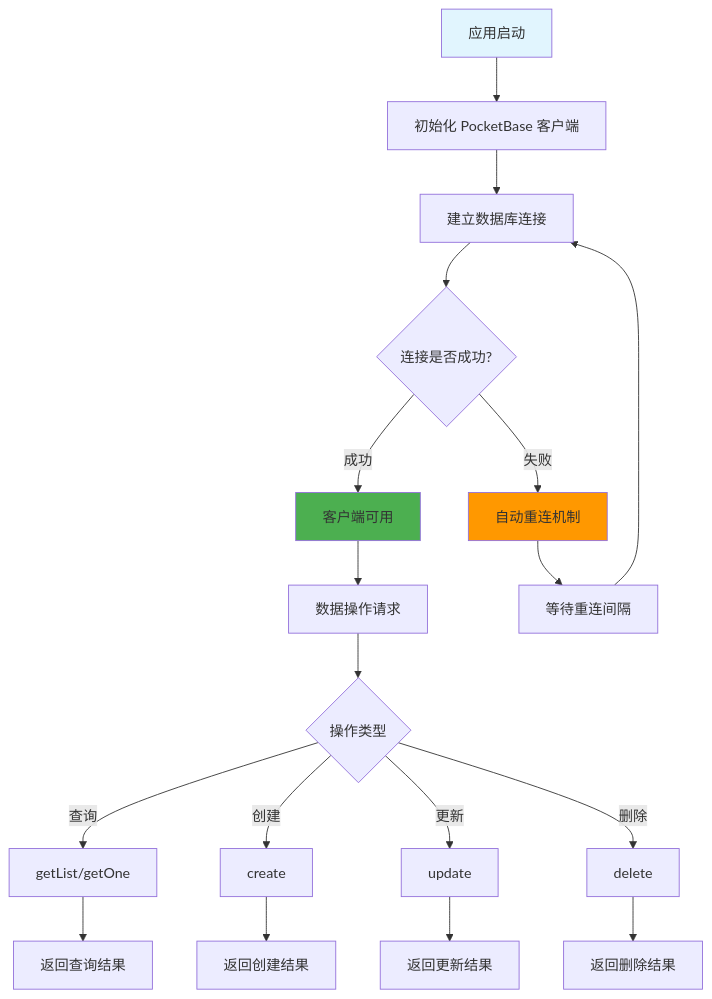
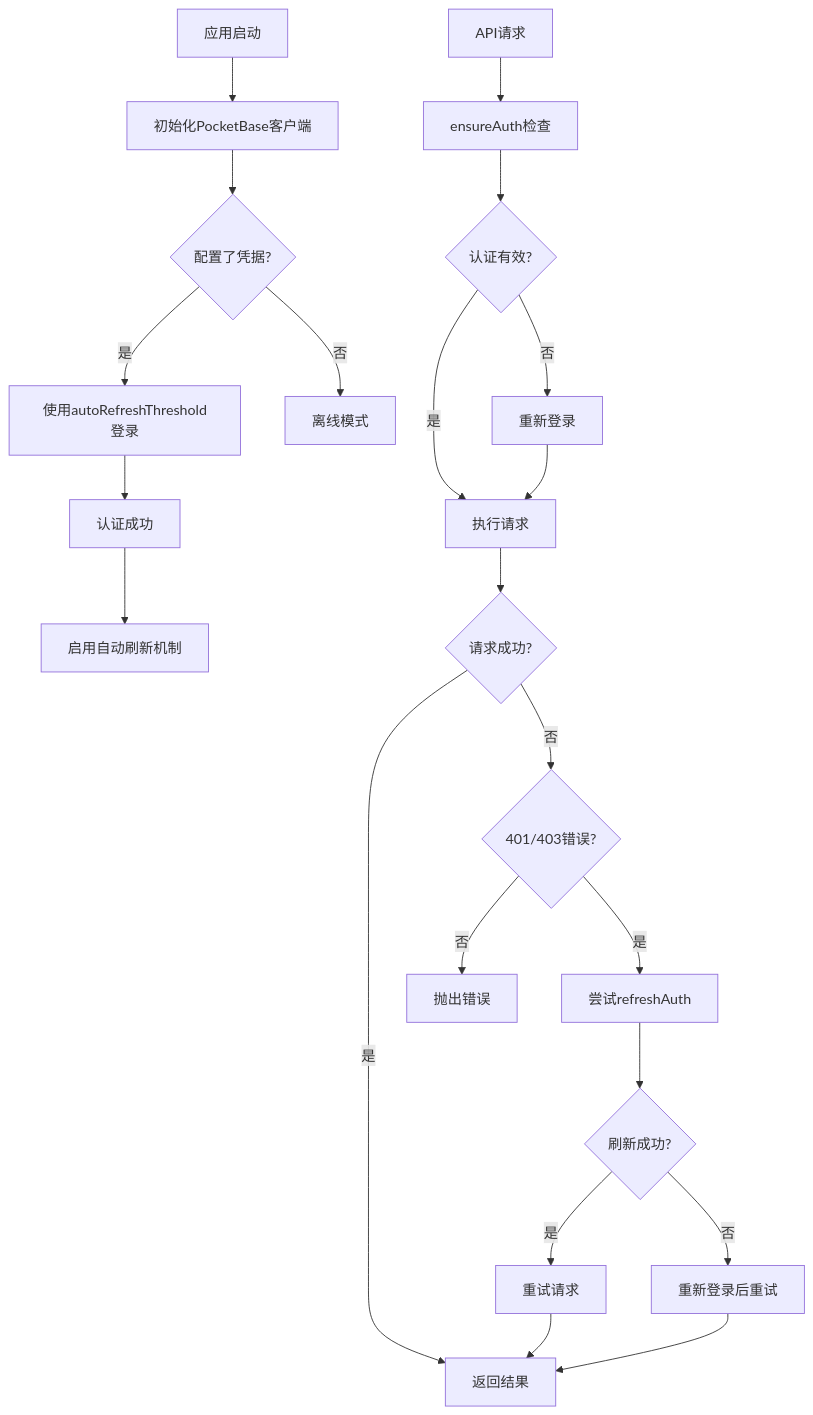
One commit to imatrixme/ikanyue changed the first of 2 diagrams in ikanyue.mapi.hono/src/utils/pocketbase.js.md. Above: the diagram before and after it, drawn with Mermaid. The commit also changed other lines of this file and 1 other file, not shown here.

````diff
--- a/ikanyue.mapi.hono/src/utils/pocketbase.js.md
+++ b/ikanyue.mapi.hono/src/utils/pocketbase.js.md
@@ -9,26 +17,28 @@
 ```mermaid
 flowchart TD
-    A[应用启动] --> B[初始化 PocketBase 客户端]
-    B --> C[建立数据库连接]
-    C --> D{连接是否成功?}
-    D -->|成功| E[客户端可用]
-    D -->|失败| F[自动重连机制]
-    F --> G[等待重连间隔]
-    G --> C
+    A[应用启动] --> B[初始化PocketBase客户端]
+    B --> C{配置了凭据?}
+    C -->|是| D[使用autoRefreshThreshold登录]
+    C -->|否| E[离线模式]
 
-    E --> H[数据操作请求]
-    H --> I{操作类型}
-    I -->|查询| J[getList/getOne]
-    I -->|创建| K[create]
-    I -->|更新| L[update]
-    I -->|删除| M[delete]
+    D --> F[认证成功]
+    F --> G[启用自动刷新机制]
 
-    J --> N[返回查询结果]
-    K --> O[返回创建结果]
-    L --> P[返回更新结果]
-    M --> Q[返回删除结果]
+    H[API请求] --> I[ensureAuth检查]
+    I --> J{认证有效?}
+    J -->|是| K[执行请求]
+    J -->|否| L[重新登录]
+    L --> K
 
-    style A fill:#e1f5fe
-    style E fill:#4caf50
-    style F fill:#ff9800
+    K --> M{请求成功?}
+    M -->|是| N[返回结果]
+    M -->|否| O{401/403错误?}
+    O -->|是| P[尝试refreshAuth]
+    O -->|否| Q[抛出错误]
+
+    P --> R{刷新成功?}
+    R -->|是| S[重试请求]
+    R -->|否| T[重新登录后重试]
+    S --> N
+    T --> N
 ```
````
